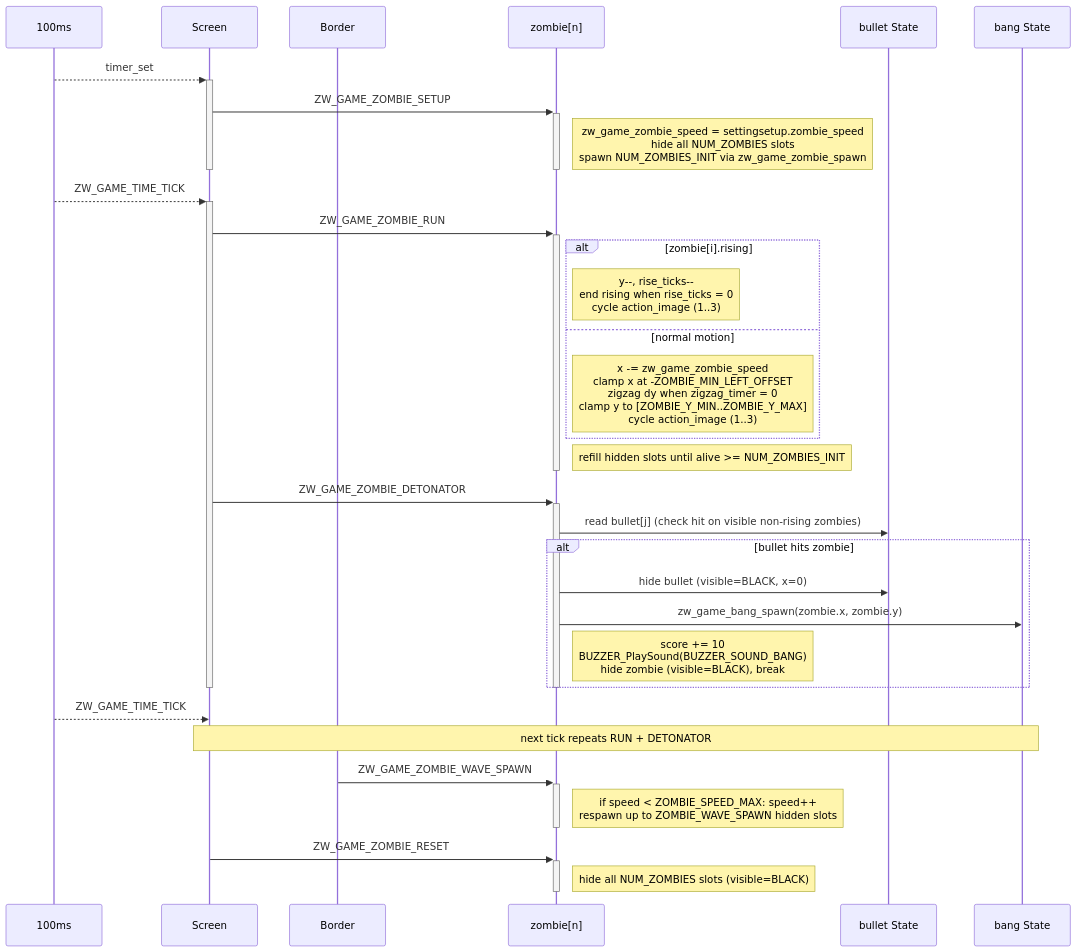
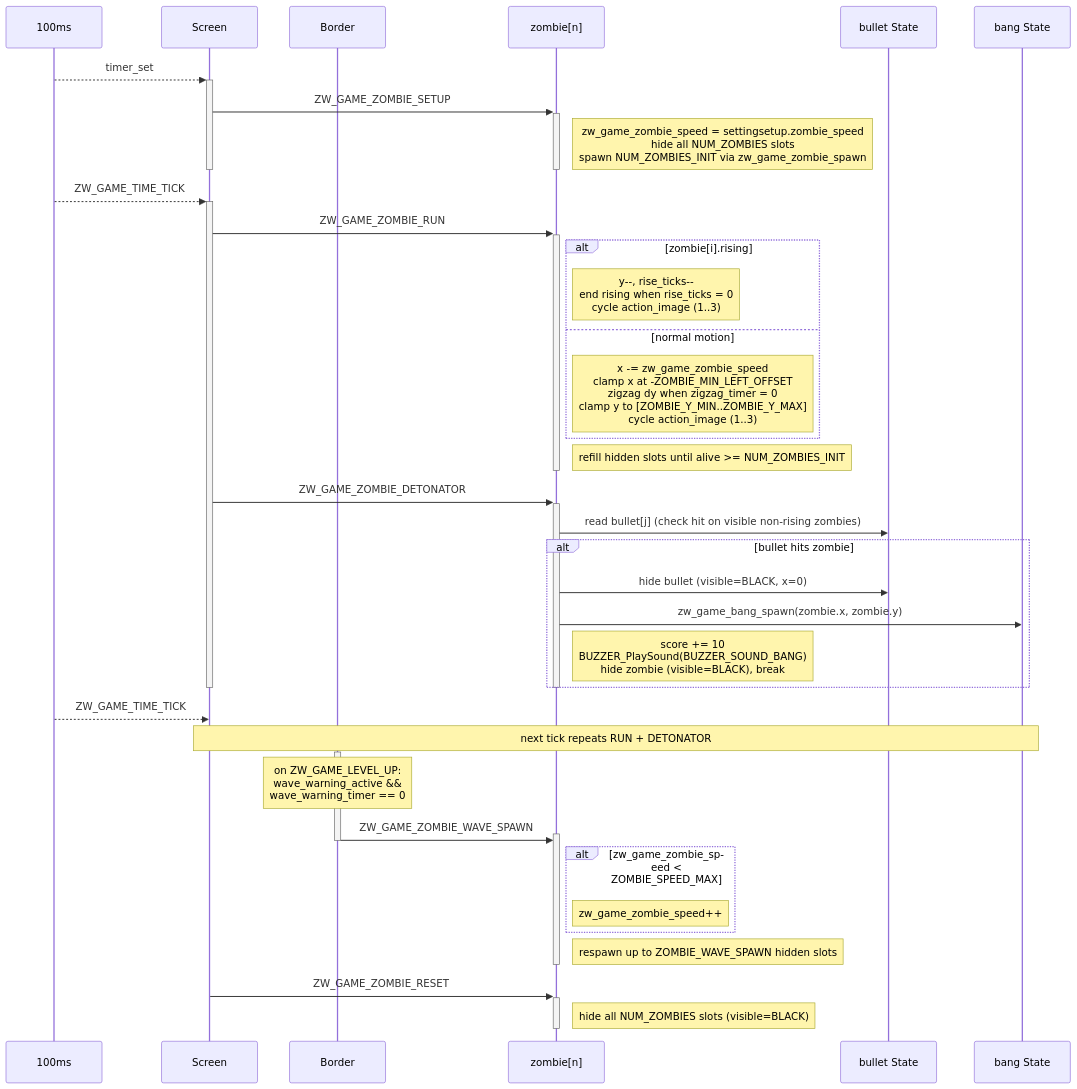
One commit to caotrongphuoc/mini-clock changed the diagram in docs/object_sequence.md. Above: the diagram before and after it, drawn with Mermaid.

Commit message:
[UPDATE] zombie's sequence

````diff
--- a/docs/object_sequence.md
+++ b/docs/object_sequence.md
@@ -45,46 +45,52 @@
 ```mermaid
 sequenceDiagram
     participant Timer as 100ms
     participant Screen
     participant Border
     participant Zombie as zombie[n]
     participant Bullet as bullet State
     participant Bang as bang State
 
     Timer-->>+Screen: timer_set
     Screen->>+Zombie: ZW_GAME_ZOMBIE_SETUP
     Note right of Zombie: zw_game_zombie_speed = settingsetup.zombie_speed<br/>hide all NUM_ZOMBIES slots<br/>spawn NUM_ZOMBIES_INIT via zw_game_zombie_spawn
     deactivate Zombie
     deactivate Screen
 
     Timer-->>+Screen: ZW_GAME_TIME_TICK
     Screen->>+Zombie: ZW_GAME_ZOMBIE_RUN
     alt zombie[i].rising
         Note right of Zombie: y--, rise_ticks--<br/>end rising when rise_ticks = 0<br/>cycle action_image (1..3)
     else normal motion
         Note right of Zombie: x -= zw_game_zombie_speed<br/>clamp x at -ZOMBIE_MIN_LEFT_OFFSET<br/>zigzag dy when zigzag_timer = 0<br/>clamp y to [ZOMBIE_Y_MIN..ZOMBIE_Y_MAX]<br/>cycle action_image (1..3)
     end
     Note right of Zombie: refill hidden slots until alive >= NUM_ZOMBIES_INIT
     deactivate Zombie
 
     Screen->>+Zombie: ZW_GAME_ZOMBIE_DETONATOR
     Zombie->>Bullet: read bullet[j] (check hit on visible non-rising zombies)
     alt bullet hits zombie
         Zombie->>Bullet: hide bullet (visible=BLACK, x=0)
         Zombie->>Bang: zw_game_bang_spawn(zombie.x, zombie.y)
         Note right of Zombie: score += 10<br/>BUZZER_PlaySound(BUZZER_SOUND_BANG)<br/>hide zombie (visible=BLACK), break
     end
     deactivate Zombie
     deactivate Screen
 
     Timer-->>Screen: ZW_GAME_TIME_TICK
     Note over Screen,Bang: next tick repeats RUN + DETONATOR
 
+    activate Border
+    Note over Border: on ZW_GAME_LEVEL_UP:<br/>wave_warning_active &&<br/>wave_warning_timer == 0
     Border->>+Zombie: ZW_GAME_ZOMBIE_WAVE_SPAWN
-    Note right of Zombie: if speed < ZOMBIE_SPEED_MAX: speed++<br/>respawn up to ZOMBIE_WAVE_SPAWN hidden slots
+    deactivate Border
+    alt zw_game_zombie_speed < ZOMBIE_SPEED_MAX
+        Note right of Zombie: zw_game_zombie_speed++
+    end
+    Note right of Zombie: respawn up to ZOMBIE_WAVE_SPAWN hidden slots
     deactivate Zombie
 
     Screen->>+Zombie: ZW_GAME_ZOMBIE_RESET
     Note right of Zombie: hide all NUM_ZOMBIES slots (visible=BLACK)
     deactivate Zombie
 ```
````
